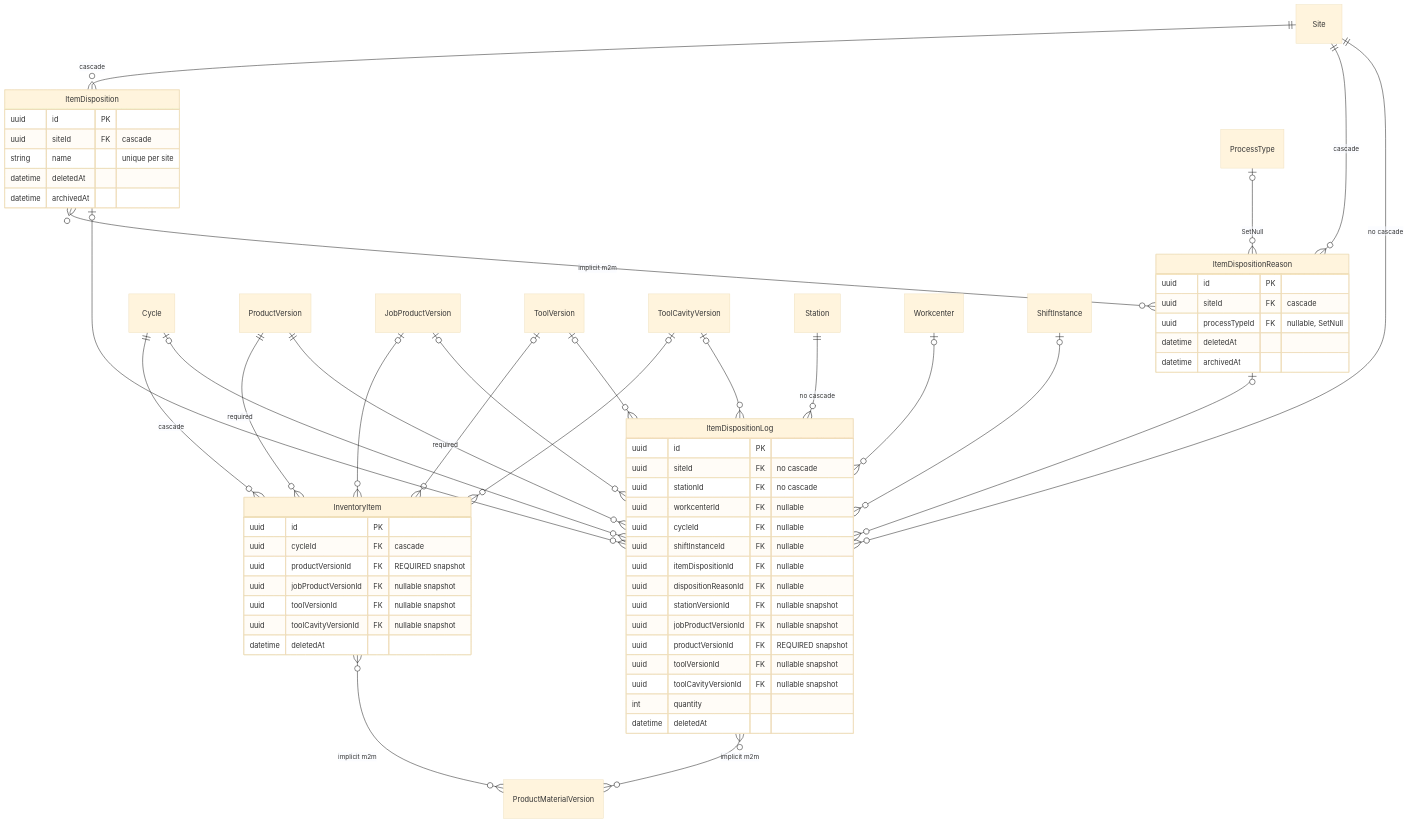
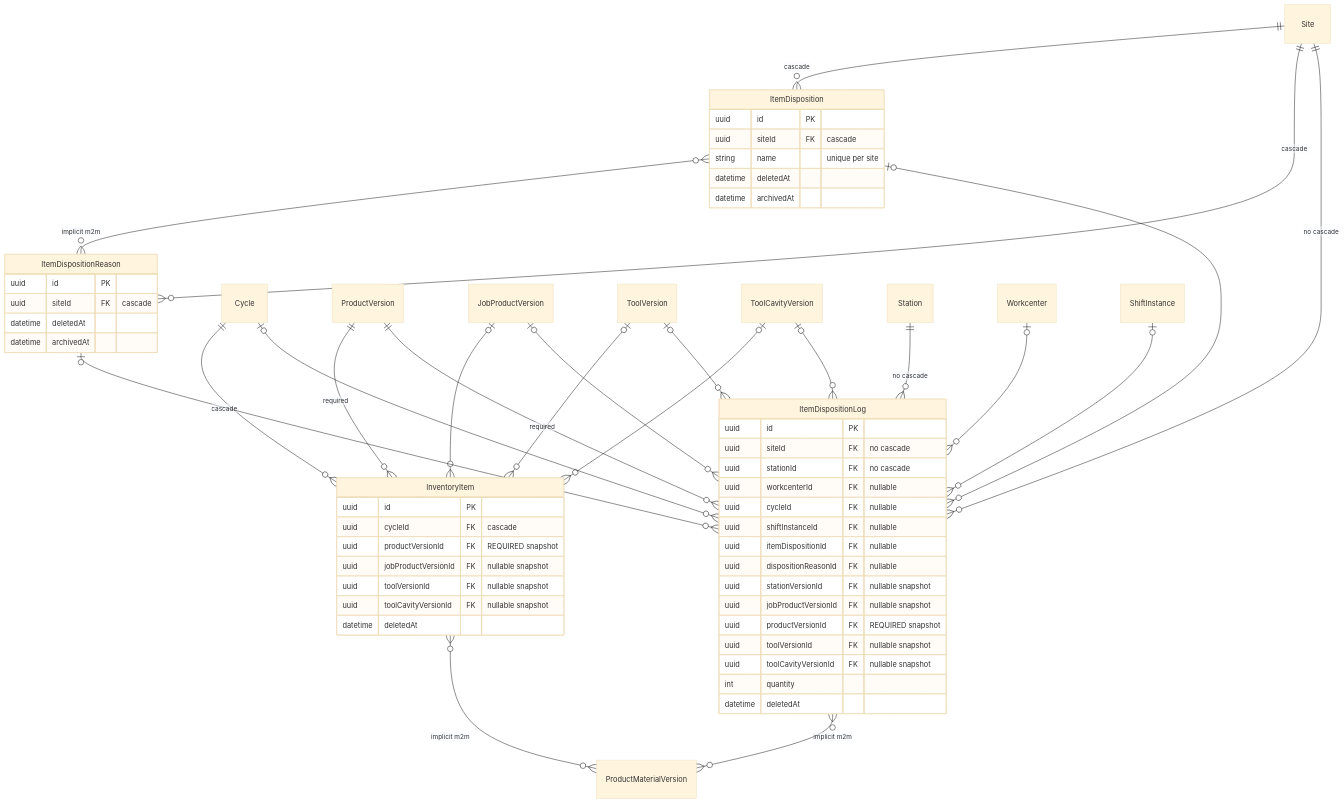
Before and after one commit to rockwarehq/rw-server: the eighth of 17 diagrams in docs/architecture/erd.md, drawn with Mermaid (base theme). The commit also changed other lines of this file and 6 other files, not shown here.

First line of the commit message:
feat(api),test,docs: label filters on log searches, label test suite, ADR/ERD update

````diff
--- a/docs/architecture/erd.md
+++ b/docs/architecture/erd.md
@@ -560,66 +555,64 @@
 ```mermaid
 erDiagram
   InventoryItem {
     uuid id PK
     uuid cycleId FK "cascade"
     uuid productVersionId FK "REQUIRED snapshot"
     uuid jobProductVersionId FK "nullable snapshot"
     uuid toolVersionId FK "nullable snapshot"
     uuid toolCavityVersionId FK "nullable snapshot"
     datetime deletedAt
   }
   ItemDisposition {
     uuid id PK
     uuid siteId FK "cascade"
     string name "unique per site"
     datetime deletedAt
     datetime archivedAt
   }
   ItemDispositionReason {
     uuid id PK
     uuid siteId FK "cascade"
-    uuid processTypeId FK "nullable, SetNull"
     datetime deletedAt
     datetime archivedAt
   }
   ItemDispositionLog {
     uuid id PK
     uuid siteId FK "no cascade"
     uuid stationId FK "no cascade"
     uuid workcenterId FK "nullable"
     uuid cycleId FK "nullable"
     uuid shiftInstanceId FK "nullable"
     uuid itemDispositionId FK "nullable"
     uuid dispositionReasonId FK "nullable"
     uuid stationVersionId FK "nullable snapshot"
     uuid jobProductVersionId FK "nullable snapshot"
     uuid productVersionId FK "REQUIRED snapshot"
     uuid toolVersionId FK "nullable snapshot"
     uuid toolCavityVersionId FK "nullable snapshot"
     int quantity
     datetime deletedAt
   }
 
   Cycle ||--o{ InventoryItem : "cascade"
   ProductVersion ||--o{ InventoryItem : "required"
   JobProductVersion |o--o{ InventoryItem : ""
   ToolVersion |o--o{ InventoryItem : ""
   ToolCavityVersion |o--o{ InventoryItem : ""
   InventoryItem }o--o{ ProductMaterialVersion : "implicit m2m"
   Site ||--o{ ItemDisposition : "cascade"
   Site ||--o{ ItemDispositionReason : "cascade"
-  ProcessType |o--o{ ItemDispositionReason : "SetNull"
   ItemDisposition }o--o{ ItemDispositionReason : "implicit m2m"
   Site ||--o{ ItemDispositionLog : "no cascade"
   Station ||--o{ ItemDispositionLog : "no cascade"
   Workcenter |o--o{ ItemDispositionLog : ""
   Cycle |o--o{ ItemDispositionLog : ""
   ShiftInstance |o--o{ ItemDispositionLog : ""
   ItemDisposition |o--o{ ItemDispositionLog : ""
   ItemDispositionReason |o--o{ ItemDispositionLog : ""
   ProductVersion ||--o{ ItemDispositionLog : "required"
   JobProductVersion |o--o{ ItemDispositionLog : ""
   ToolVersion |o--o{ ItemDispositionLog : ""
   ToolCavityVersion |o--o{ ItemDispositionLog : ""
   ItemDispositionLog }o--o{ ProductMaterialVersion : "implicit m2m"
 ```
````
